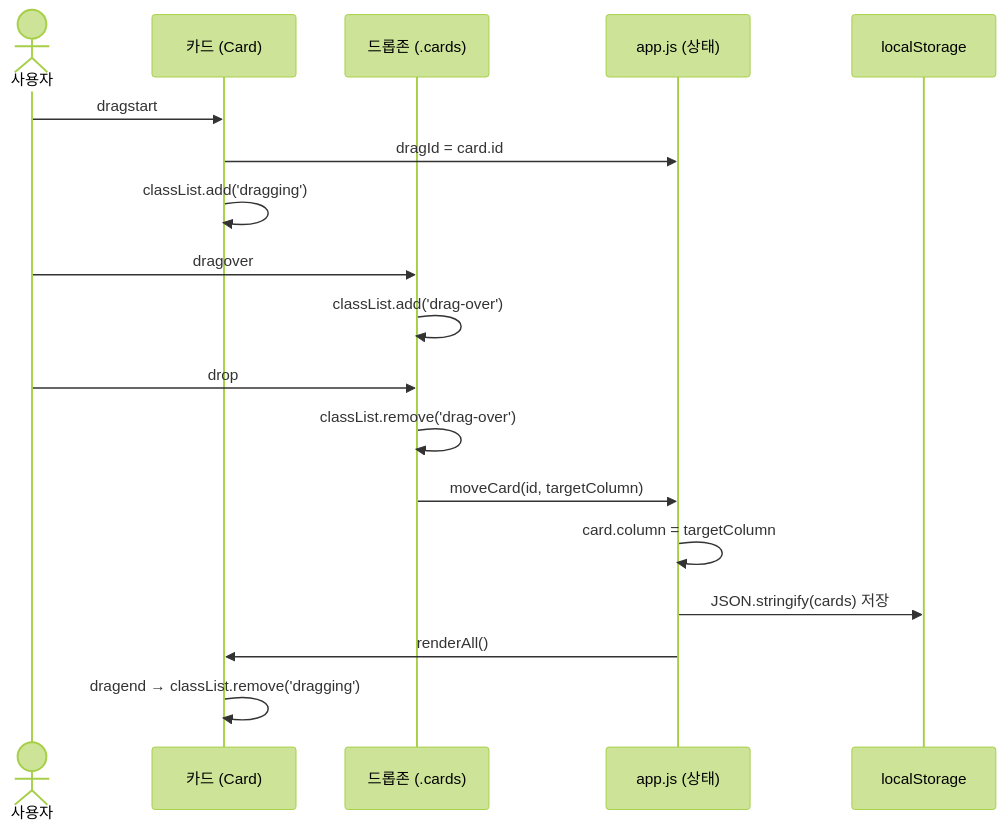
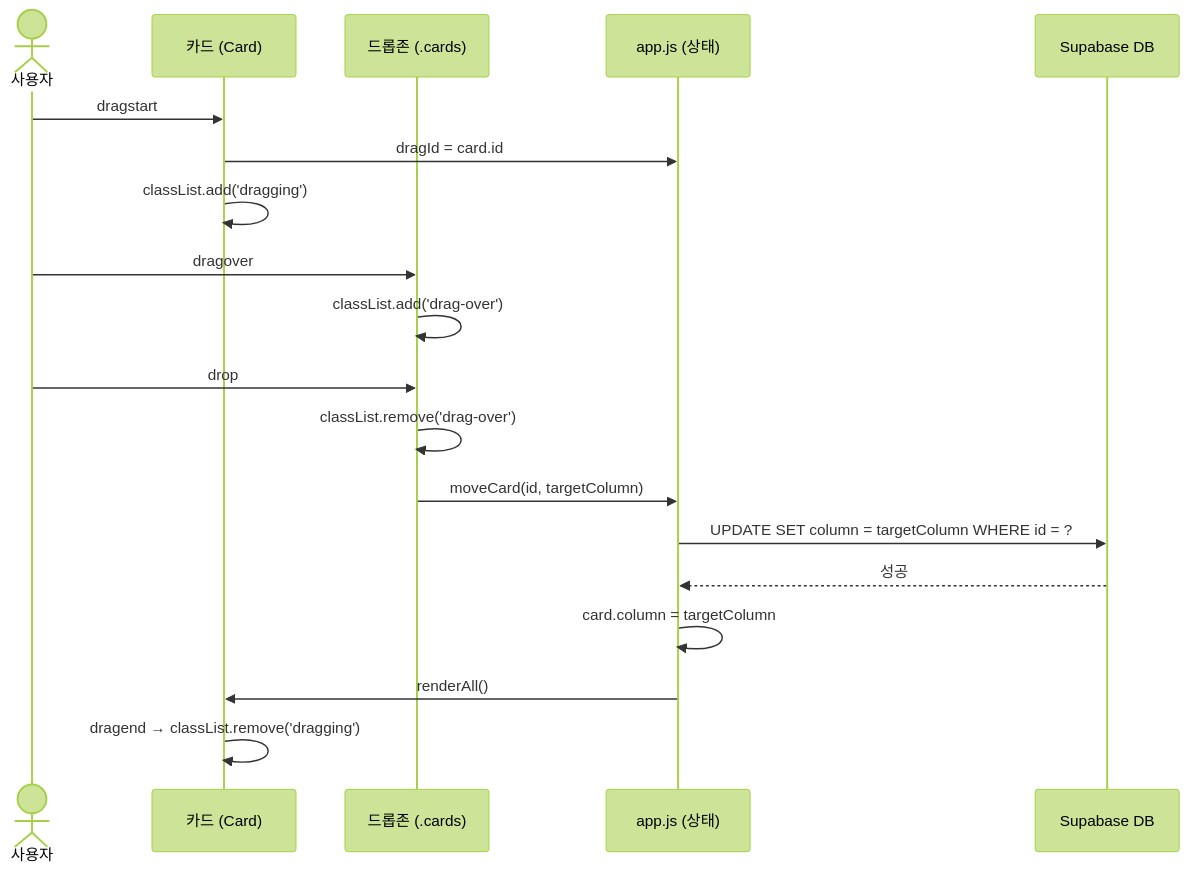
Before and after one commit to ksl3011/TEST_KANBAN: the fourth of 4 diagrams in UserFlow.md, drawn with Mermaid (forest theme). The commit also changed other lines of this file and 6 other files, not shown here.

````diff
--- a/UserFlow.md
+++ b/UserFlow.md
@@ -98,24 +112,25 @@
 ```mermaid
 sequenceDiagram
     actor U as 사용자
     participant C as 카드 (Card)
     participant Z as 드롭존 (.cards)
     participant S as app.js (상태)
-    participant L as localStorage
+    participant DB as Supabase DB
 
     U->>C: dragstart
     C->>S: dragId = card.id
     C->>C: classList.add('dragging')
 
     U->>Z: dragover
     Z->>Z: classList.add('drag-over')
 
     U->>Z: drop
     Z->>Z: classList.remove('drag-over')
     Z->>S: moveCard(id, targetColumn)
+    S->>DB: UPDATE SET column = targetColumn WHERE id = ?
+    DB-->>S: 성공
     S->>S: card.column = targetColumn
-    S->>L: JSON.stringify(cards) 저장
     S->>C: renderAll()
 
     C->>C: dragend → classList.remove('dragging')
 ```
````
